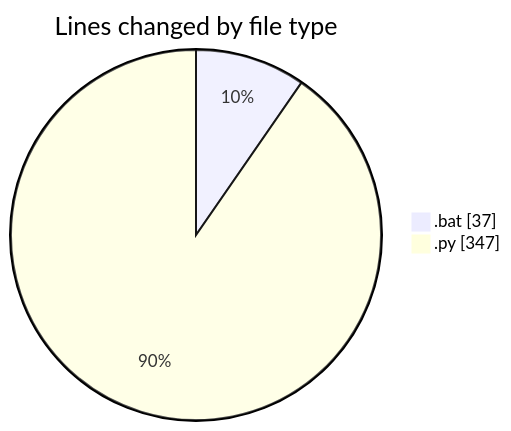
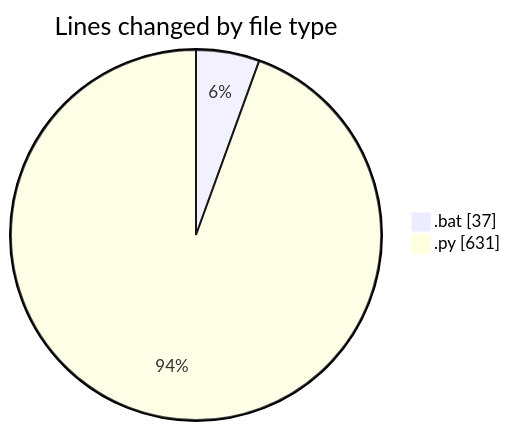
Before and after one commit to FelipKnott/code-tracking: the first of 2 diagrams in 2025-07-04/cursor/README.md, drawn with Mermaid. The commit also changed other lines of this file and 1 other file, not shown here.

````diff
--- a/2025-07-04/cursor/README.md
+++ b/2025-07-04/cursor/README.md
@@ -23,6 +25,6 @@
 ```mermaid
 pie showData
 title Lines changed by file type
 ".bat" : 37
-".py" : 347
+".py" : 631
 ```
````
